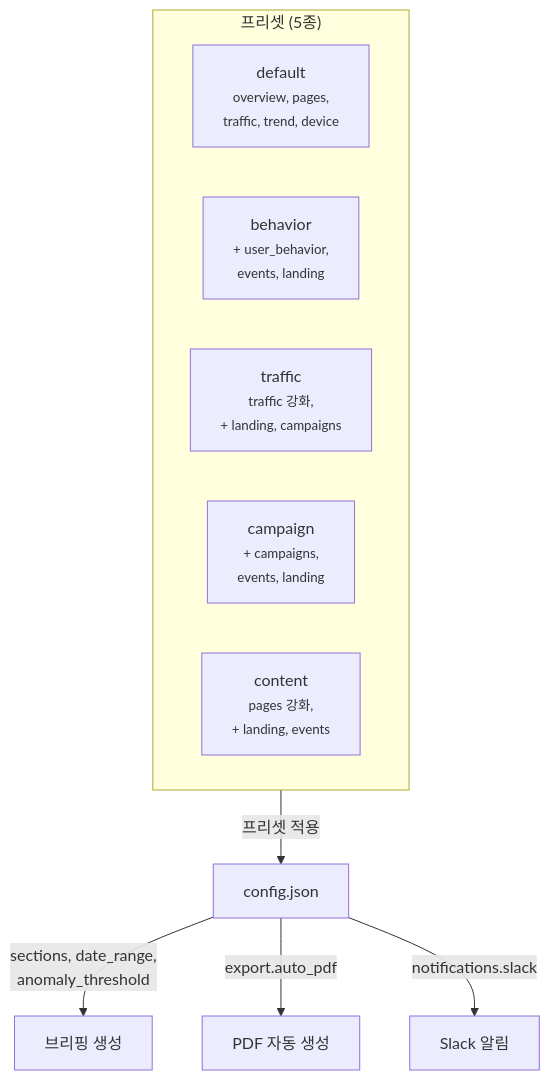
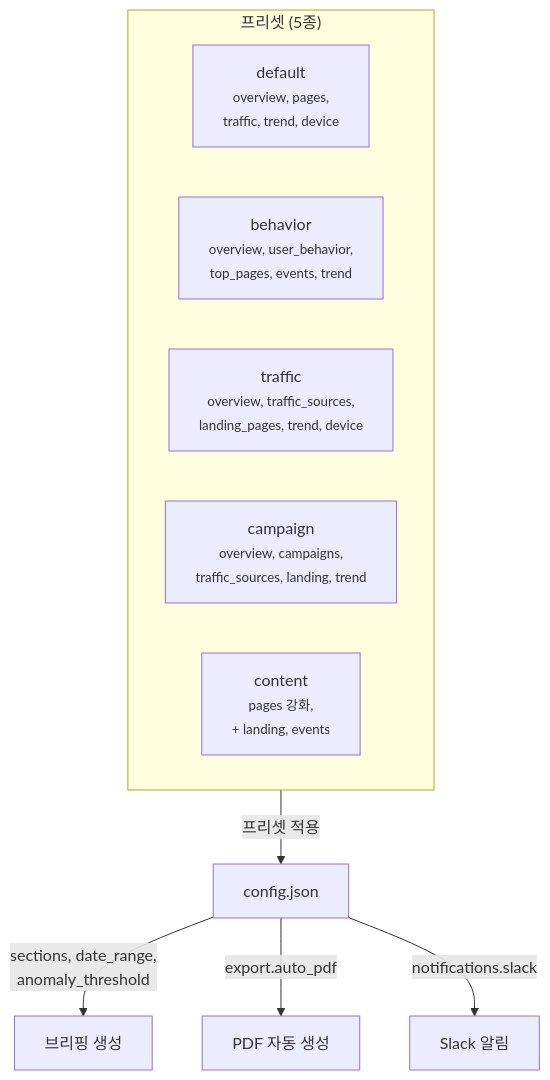
The seventh of 9 diagrams in ARCHITECTURE.md (leeys-dnulbo/smart-daily-briefing), drawn with Mermaid before and after one commit. The commit also changed other lines of this file and 5 other files, not shown here.

````diff
--- a/ARCHITECTURE.md
+++ b/ARCHITECTURE.md
@@ -188,18 +188,18 @@
 ```mermaid
 graph TB
     subgraph Presets["프리셋 (5종)"]
         P1["default<br/><small>overview, pages,<br/>traffic, trend, device</small>"]
-        P2["behavior<br/><small>+ user_behavior,<br/>events, landing</small>"]
-        P3["traffic<br/><small>traffic 강화,<br/>+ landing, campaigns</small>"]
-        P4["campaign<br/><small>+ campaigns,<br/>events, landing</small>"]
+        P2["behavior<br/><small>overview, user_behavior,<br/>top_pages, events, trend</small>"]
+        P3["traffic<br/><small>overview, traffic_sources,<br/>landing_pages, trend, device</small>"]
+        P4["campaign<br/><small>overview, campaigns,<br/>traffic_sources, landing, trend</small>"]
         P5["content<br/><small>pages 강화,<br/>+ landing, events</small>"]
     end
 
     Config["config.json"]
     Briefing["브리핑 생성"]
 
     Presets -->|프리셋 적용| Config
     Config -->|sections, date_range,<br/>anomaly_threshold| Briefing
     Config -->|export.auto_pdf| PDF[PDF 자동 생성]
     Config -->|notifications.slack| Slack[Slack 알림]
 ```
````
